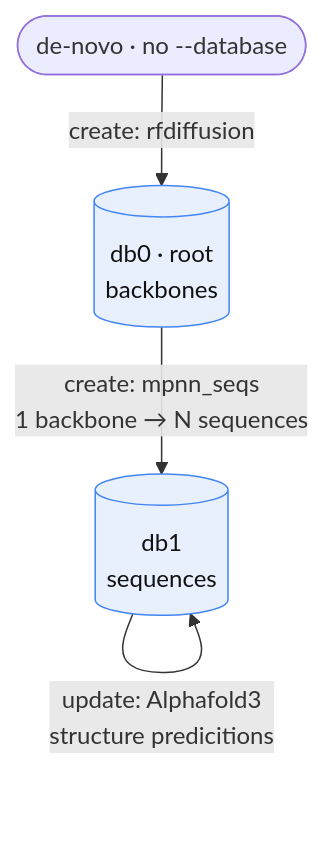
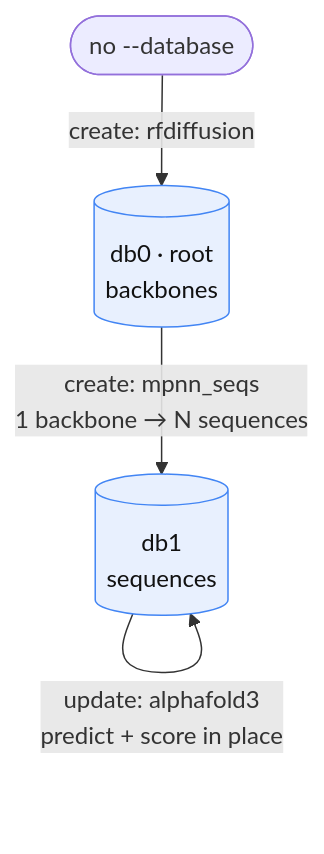
Before and after one commit to jlmoraleshellin/prosapia: the diagram in docs/lineage-and-databases.md, drawn with Mermaid. The commit also changed other lines of this file and 10 other files, not shown here.

````diff
--- a/docs/lineage-and-databases.md
+++ b/docs/lineage-and-databases.md
@@ -52,14 +37,13 @@
 ```mermaid
 flowchart TD
-    S(["de-novo · no --database"])
+    S(["no --database"])
     R[("db0 · root<br/>backbones")]
     A[("db1<br/>sequences")]
 
     S -->|"create: rfdiffusion"| R
     R -->|"create: mpnn_seqs<br/>1 backbone → N sequences"| A
     A -->|"update: alphafold3<br/>predict + score in place"| A
-    A -->|"update: Alphafold3<br/>structure predicitions"| A
 
     classDef db fill:#e8f0fe,stroke:#4285f4,color:#111;
     class R,A db;
 ```
````
